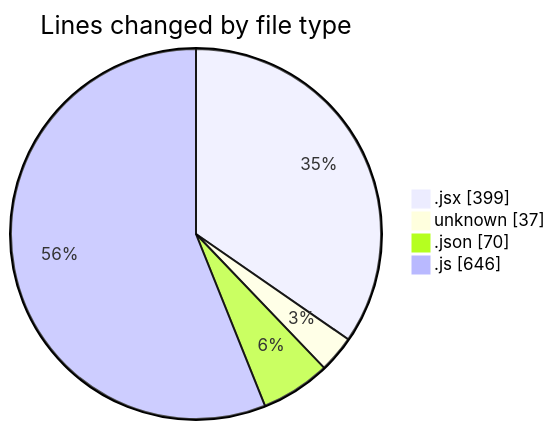
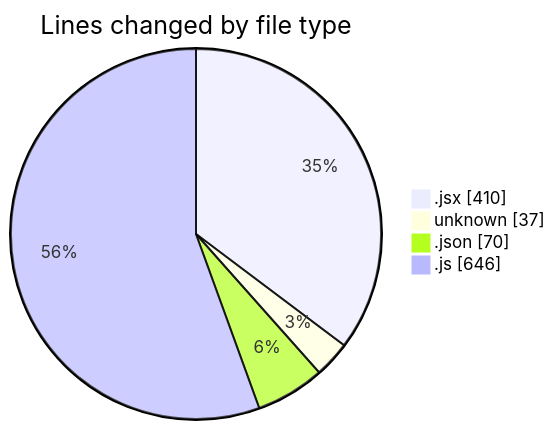
One commit to Elitesun/code-tracking changed the first of 2 diagrams in 2025-02-08/react_ecom/README.md. Above: the diagram before and after it, drawn with Mermaid. The commit also changed other lines of this file and 1 other file, not shown here.

````diff
--- a/2025-02-08/react_ecom/README.md
+++ b/2025-02-08/react_ecom/README.md
@@ -26,8 +27,8 @@
 ```mermaid
 pie showData
 title Lines changed by file type
-".jsx" : 399
+".jsx" : 410
 "unknown" : 37
 ".json" : 70
 ".js" : 646
 ```
````
